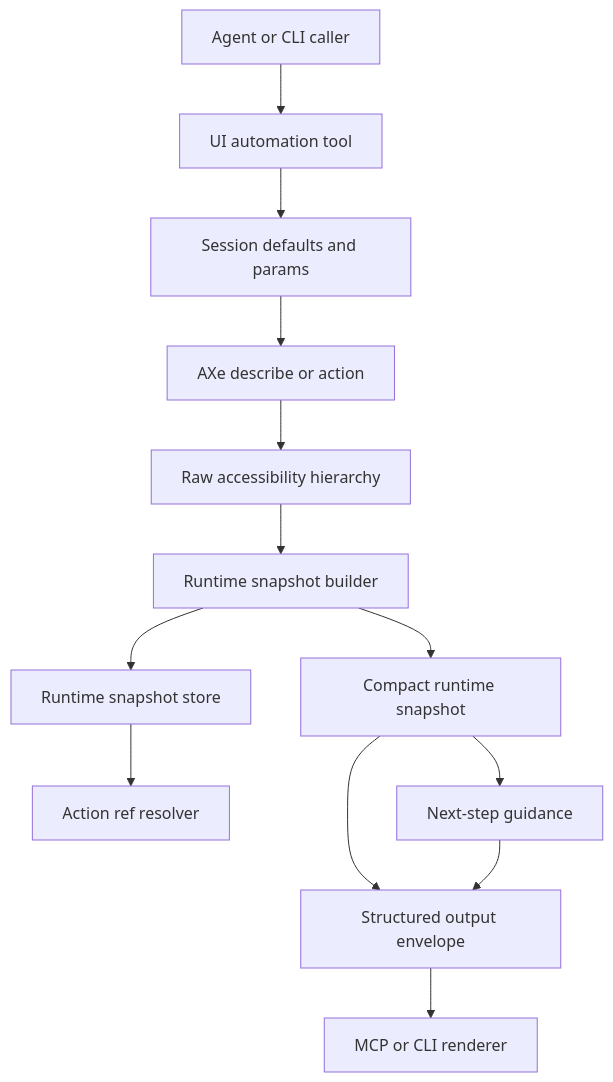
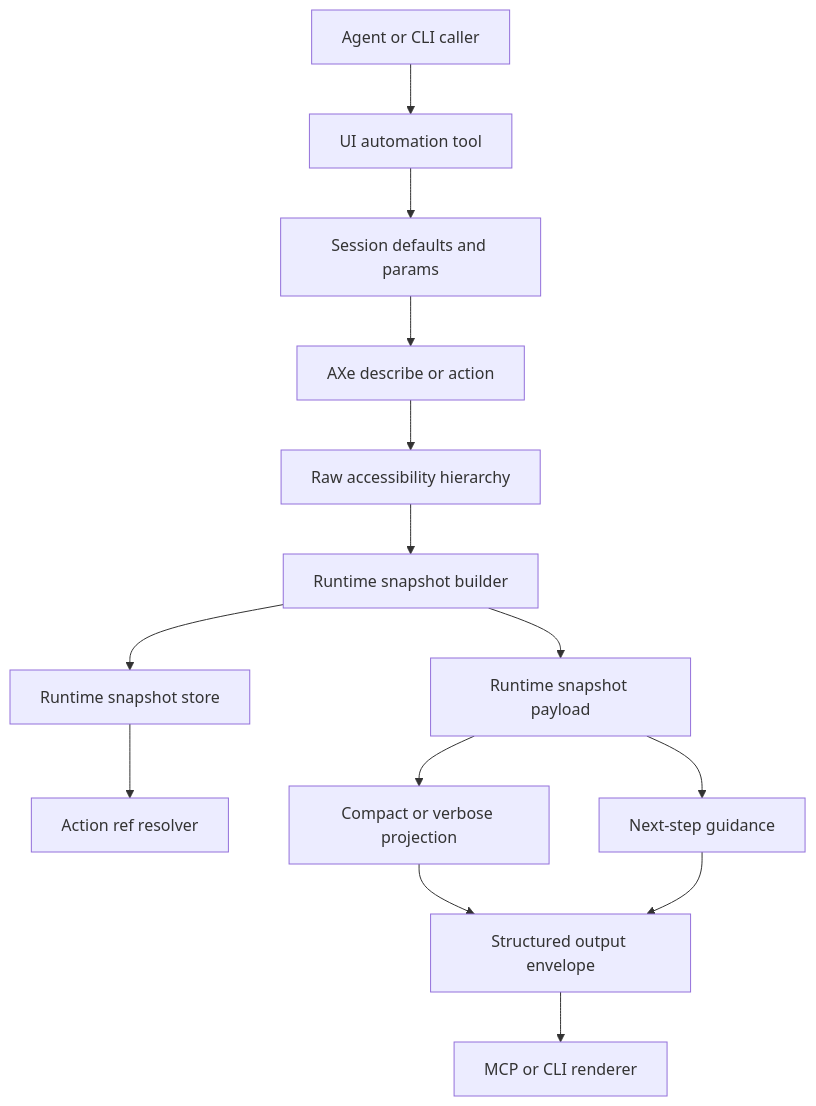
One commit to getsentry/xcodebuildmcp.com changed the diagram in app/docs/_content/architecture-ui-automation.mdx. Above: the diagram before and after it, drawn with Mermaid. The commit also changed other lines of this file and 6 other files, not shown here.

First line of the commit message:
docs(ui-automation): Refresh runtime snapshot guidance

````diff
--- a/app/docs/_content/architecture-ui-automation.mdx
+++ b/app/docs/_content/architecture-ui-automation.mdx
@@ -27,15 +27,16 @@
 ```mermaid
 flowchart TD
     Agent[Agent or CLI caller] --> Tool[UI automation tool]
     Tool --> RuntimeDefaults[Session defaults and params]
     RuntimeDefaults --> AXe[AXe describe or action]
     AXe --> RawHierarchy[Raw accessibility hierarchy]
     RawHierarchy --> SnapshotBuilder[Runtime snapshot builder]
     SnapshotBuilder --> SnapshotStore[Runtime snapshot store]
-    SnapshotBuilder --> PublicSnapshot[Compact runtime snapshot]
-    PublicSnapshot --> StructuredOutput[Structured output envelope]
+    SnapshotBuilder --> PublicSnapshot[Runtime snapshot payload]
+    PublicSnapshot --> Projection[Compact or verbose projection]
+    Projection --> StructuredOutput[Structured output envelope]
     SnapshotStore --> ActionResolver[Action ref resolver]
     PublicSnapshot --> NextSteps[Next-step guidance]
     NextSteps --> StructuredOutput
     StructuredOutput --> Renderer[MCP or CLI renderer]
 ```
````
